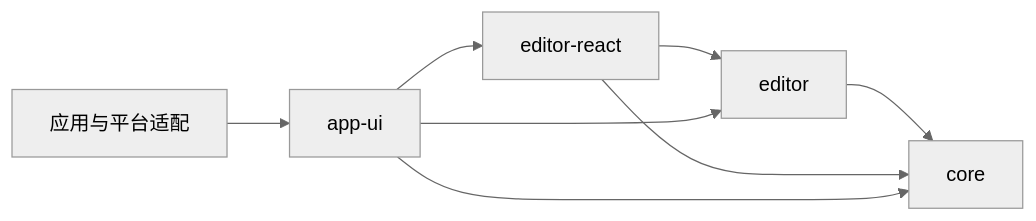
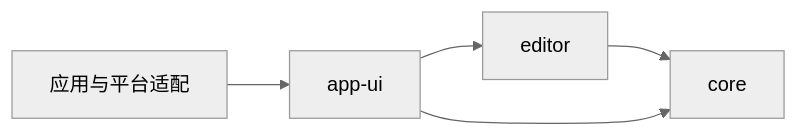
The diagram in docs/agent/architecture/editor_package_boundaries.md (wmasfoe/md-editor), drawn with Mermaid (neutral theme) before and after one commit. The commit also changed other lines of this file and 50 other files, not shown here.

Commit message:
refactor(editor): expose react integration through subpath

````diff
--- a/docs/agent/architecture/editor_package_boundaries.md
+++ b/docs/agent/architecture/editor_package_boundaries.md
@@ -12,10 +11,7 @@
 ```mermaid
 flowchart LR
   Apps[应用与平台适配] --> AppUI[app-ui]
-  AppUI --> React[editor-react]
-  React --> Editor[editor]
+  AppUI --> Editor[editor]
   Editor --> Core[core]
-  React --> Core
-  AppUI --> Editor
   AppUI --> Core
 ```
````
